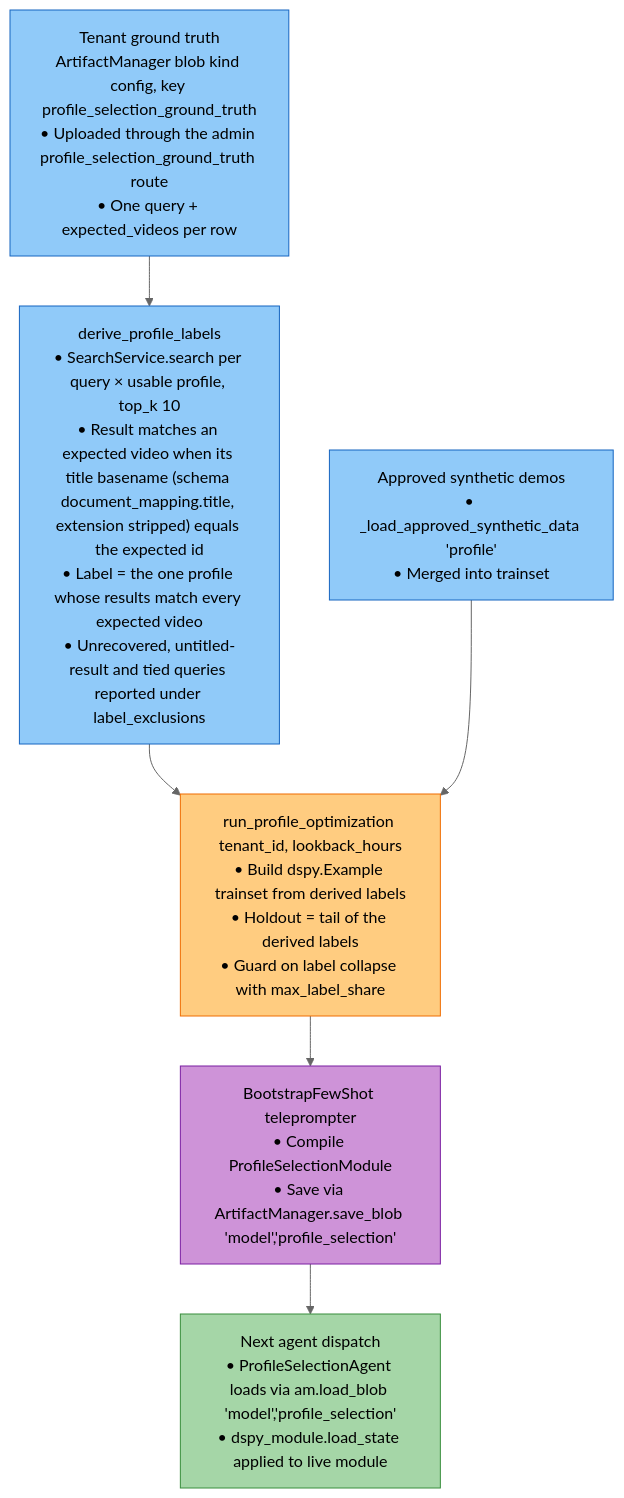
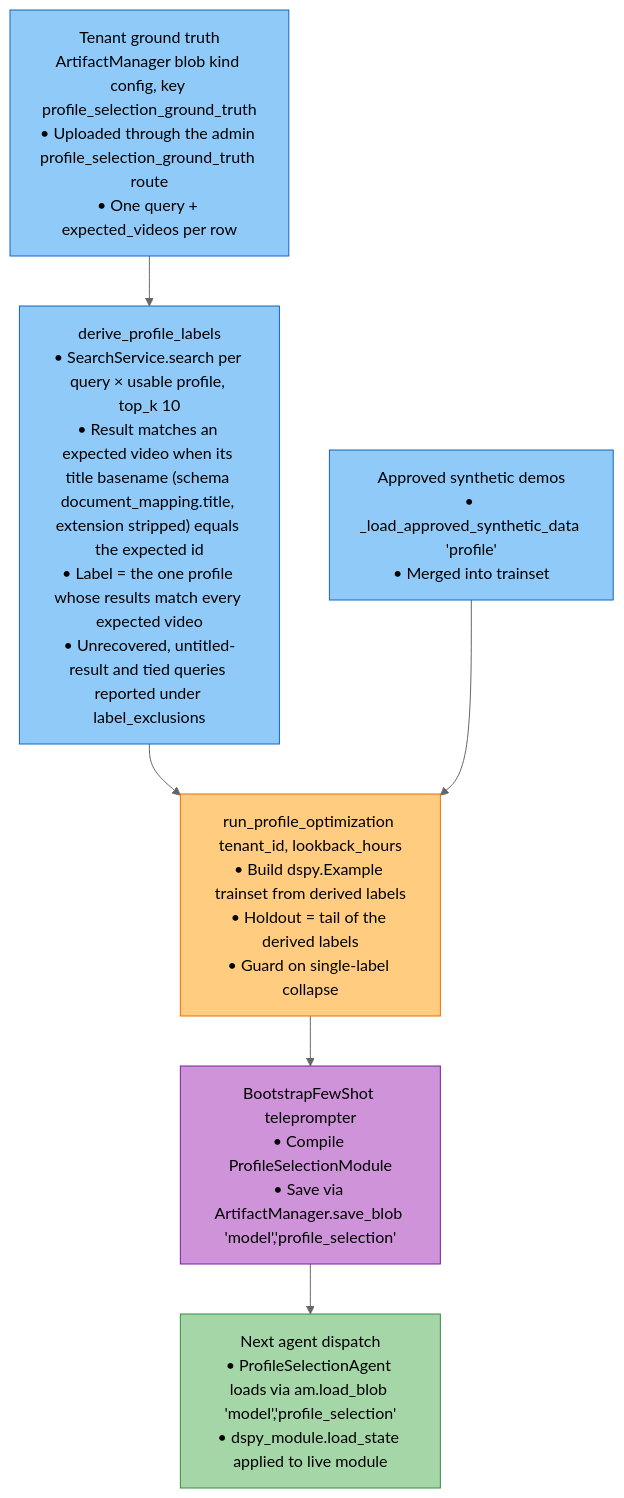
One commit to amit-jain/cogniverse changed the third of 4 diagrams in docs/modules/optimization.md. Above: the diagram before and after it, drawn with Mermaid (neutral theme). The commit also changed other lines of this file and 6 other files, not shown here.

First line of the commit message:
Remove profile share cutoff

````diff
--- a/docs/modules/optimization.md
+++ b/docs/modules/optimization.md
@@ -202,21 +202,21 @@
 ```mermaid
 flowchart TB
     Source["<span style='color:#000'>Tenant ground truth<br/>ArtifactManager blob kind config, key profile_selection_ground_truth<br/>• Uploaded through the admin profile_selection_ground_truth route<br/>• One query + expected_videos per row</span>"]
 
     Source --> Derive["<span style='color:#000'>derive_profile_labels<br/>• SearchService.search per query × usable profile, top_k 10<br/>• Result matches an expected video when its title basename (schema document_mapping.title, extension stripped) equals the expected id<br/>• Label = the one profile whose results match every expected video<br/>• Unrecovered, untitled-result and tied queries reported under label_exclusions</span>"]
 
-    Derive --> RunOpt["<span style='color:#000'>run_profile_optimization tenant_id, lookback_hours<br/>• Build dspy.Example trainset from derived labels<br/>• Holdout = tail of the derived labels<br/>• Guard on label collapse with max_label_share</span>"]
+    Derive --> RunOpt["<span style='color:#000'>run_profile_optimization tenant_id, lookback_hours<br/>• Build dspy.Example trainset from derived labels<br/>• Holdout = tail of the derived labels<br/>• Guard on single-label collapse</span>"]
 
     Synthetic["<span style='color:#000'>Approved synthetic demos<br/>• _load_approved_synthetic_data 'profile'<br/>• Merged into trainset</span>"] --> RunOpt
 
     RunOpt --> Compile["<span style='color:#000'>BootstrapFewShot teleprompter<br/>• Compile ProfileSelectionModule<br/>• Save via ArtifactManager.save_blob 'model','profile_selection'</span>"]
 
     Compile --> Reload["<span style='color:#000'>Next agent dispatch<br/>• ProfileSelectionAgent loads via am.load_blob 'model','profile_selection'<br/>• dspy_module.load_state applied to live module</span>"]
 
     style Source fill:#90caf9,stroke:#1565c0,color:#000
     style Derive fill:#90caf9,stroke:#1565c0,color:#000
     style Synthetic fill:#90caf9,stroke:#1565c0,color:#000
     style RunOpt fill:#ffcc80,stroke:#ef6c00,color:#000
     style Compile fill:#ce93d8,stroke:#7b1fa2,color:#000
     style Reload fill:#a5d6a7,stroke:#388e3c,color:#000
 ```
````
